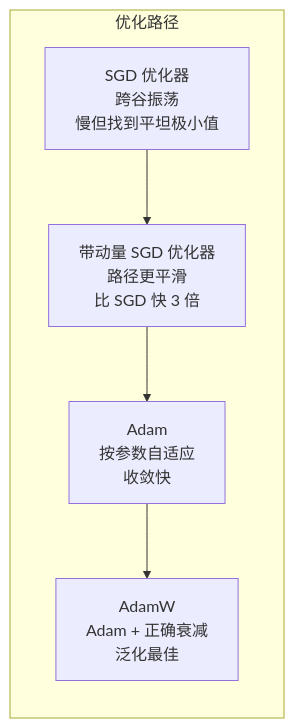
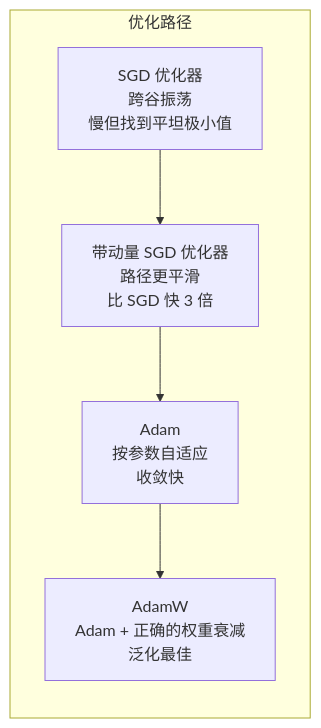
The second of 3 diagrams in content/translations/practice/03-deep-learning-core/06-optimizers/zh.md (huangyue12120/Learning-Atlas), drawn with Mermaid before and after one commit. The commit also changed other lines of this file and 24 other files, not shown here.

Commit message:
fix(reader): localize Mermaid in source content

````diff
--- a/content/translations/practice/03-deep-learning-core/06-optimizers/zh.md
+++ b/content/translations/practice/03-deep-learning-core/06-optimizers/zh.md
@@ -132,10 +132,10 @@
 ```mermaid
 flowchart LR
     subgraph "优化路径"
         SGD_P["SGD 优化器<br/>跨谷振荡<br/>慢但找到平坦极小值"]
         Mom_P["带动量 SGD 优化器<br/>路径更平滑<br/>比 SGD 快 3 倍"]
         Adam_P["Adam<br/>按参数自适应<br/>收敛快"]
-        AdamW_P["AdamW<br/>Adam + 正确衰减<br/>泛化最佳"]
+        AdamW_P["AdamW<br/>Adam + 正确的权重衰减<br/>泛化最佳"]
     end
     SGD_P --> Mom_P --> Adam_P --> AdamW_P
 ```
````
